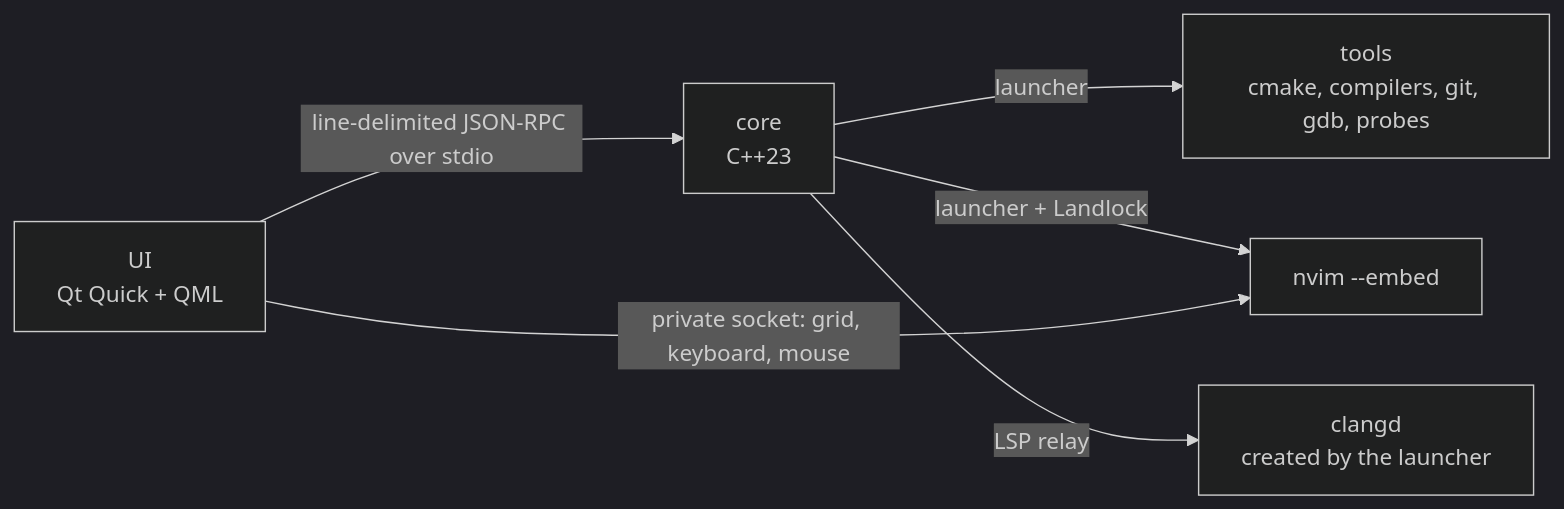
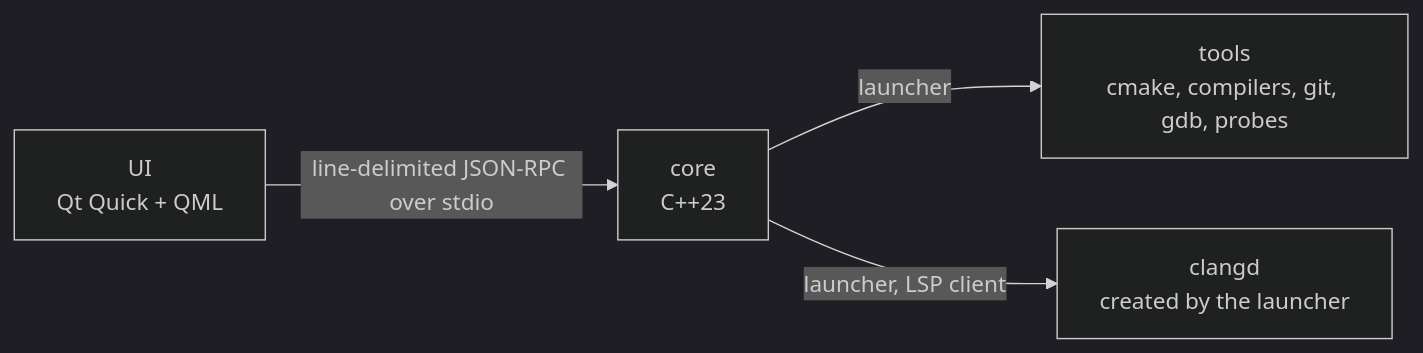
Before and after one commit to ViktorWalde/KineinVectis: the first of 2 diagrams in docs/architecture/boundaries-and-responsibilities.md, drawn with Mermaid (dark theme). The commit also changed other lines of this file and 11 other files, not shown here.

````diff
--- a/docs/architecture/boundaries-and-responsibilities.md
+++ b/docs/architecture/boundaries-and-responsibilities.md
@@ -9,8 +9,6 @@
 ```mermaid
 flowchart LR
     UI["UI<br/>Qt Quick + QML"] -->|line-delimited JSON-RPC over stdio| CORE["core<br/>C++23"]
     CORE -->|launcher| TOOLS["tools<br/>cmake, compilers, git, gdb, probes"]
-    CORE -->|launcher + Landlock| NVIM["nvim --embed"]
-    CORE -->|LSP relay| CLANGD["clangd<br/>created by the launcher"]
-    UI -->|private socket: grid, keyboard, mouse| NVIM
+    CORE -->|launcher, LSP client| CLANGD["clangd<br/>created by the launcher"]
 ```
````
